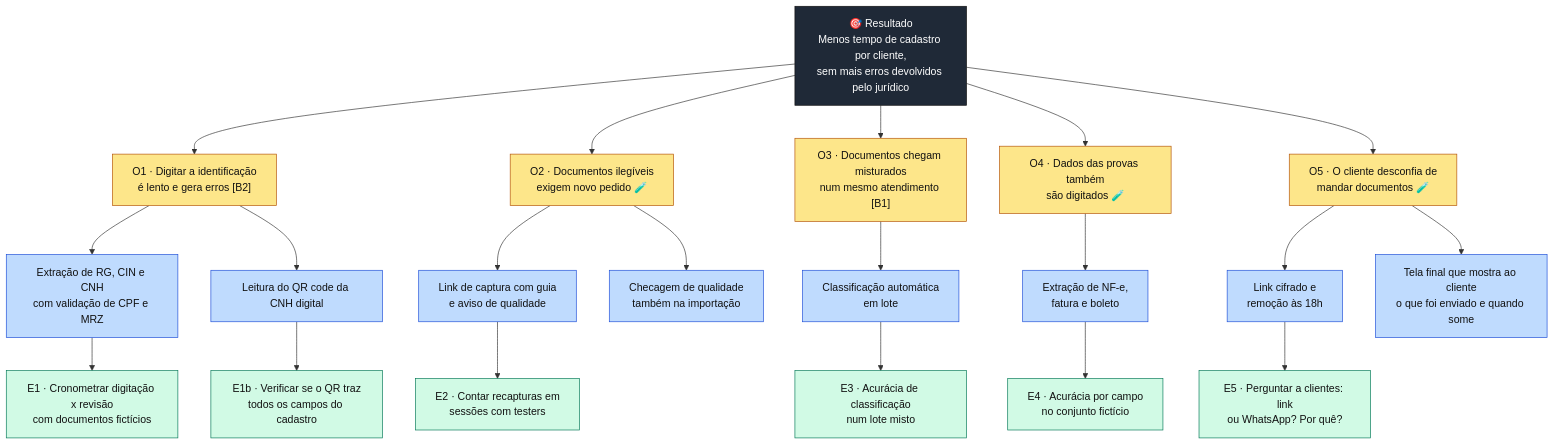
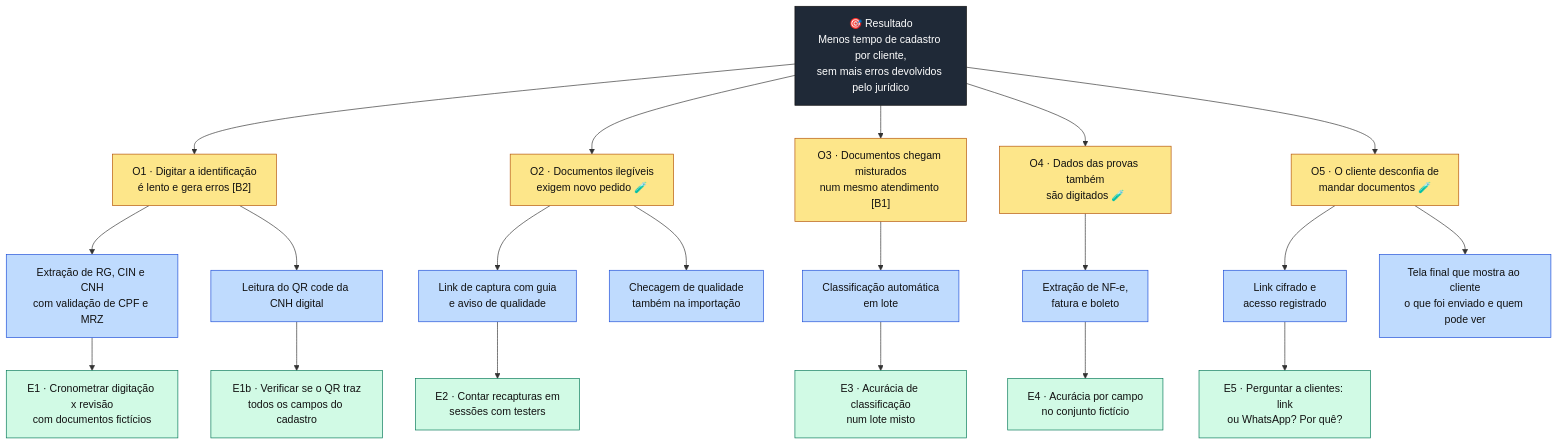
Before and after one commit to marcosvpantoja/extracao-dados-documentos: the diagram in docs/etapas/04-estrategia.md, drawn with Mermaid. The commit also changed other lines of this file and 8 other files, not shown here.

````diff
--- a/docs/etapas/04-estrategia.md
+++ b/docs/etapas/04-estrategia.md
@@ -50,35 +52,35 @@
 ```mermaid
 flowchart TB
     R["🎯 Resultado<br/>Menos tempo de cadastro por cliente,<br/>sem mais erros devolvidos pelo jurídico"]
 
     R --> O1["O1 · Digitar a identificação<br/>é lento e gera erros [B2]"]
     R --> O2["O2 · Documentos ilegíveis<br/>exigem novo pedido 🧪"]
     R --> O3["O3 · Documentos chegam misturados<br/>num mesmo atendimento [B1]"]
     R --> O4["O4 · Dados das provas também<br/>são digitados 🧪"]
     R --> O5["O5 · O cliente desconfia de<br/>mandar documentos 🧪"]
 
     O1 --> S1a["Extração de RG, CIN e CNH<br/>com validação de CPF e MRZ"]
     O1 --> S1b["Leitura do QR code da CNH digital"]
     O2 --> S2a["Link de captura com guia<br/>e aviso de qualidade"]
     O2 --> S2b["Checagem de qualidade<br/>também na importação"]
     O3 --> S3a["Classificação automática<br/>em lote"]
     O4 --> S4a["Extração de NF-e,<br/>fatura e boleto"]
-    O5 --> S5a["Link cifrado e<br/>remoção às 18h"]
-    O5 --> S5b["Tela final que mostra ao cliente<br/>o que foi enviado e quando some"]
+    O5 --> S5a["Link cifrado e<br/>acesso registrado"]
+    O5 --> S5b["Tela final que mostra ao cliente<br/>o que foi enviado e quem pode ver"]
 
     S1a --> E1["E1 · Cronometrar digitação x revisão<br/>com documentos fictícios"]
     S1b --> E1b["E1b · Verificar se o QR traz<br/>todos os campos do cadastro"]
     S2a --> E2["E2 · Contar recapturas em<br/>sessões com testers"]
     S3a --> E3["E3 · Acurácia de classificação<br/>num lote misto"]
     S4a --> E4["E4 · Acurácia por campo<br/>no conjunto fictício"]
     S5a --> E5["E5 · Perguntar a clientes: link<br/>ou WhatsApp? Por quê?"]
 
     classDef res fill:#1f2937,color:#fff,stroke:#111
     classDef opp fill:#fde68a,stroke:#b45309,color:#111
     classDef sol fill:#bfdbfe,stroke:#1d4ed8,color:#111
     classDef exp fill:#d1fae5,stroke:#047857,color:#111
     class R res
     class O1,O2,O3,O4,O5 opp
     class S1a,S1b,S2a,S2b,S3a,S4a,S5a,S5b sol
     class E1,E1b,E2,E3,E4,E5 exp
 ```
````
